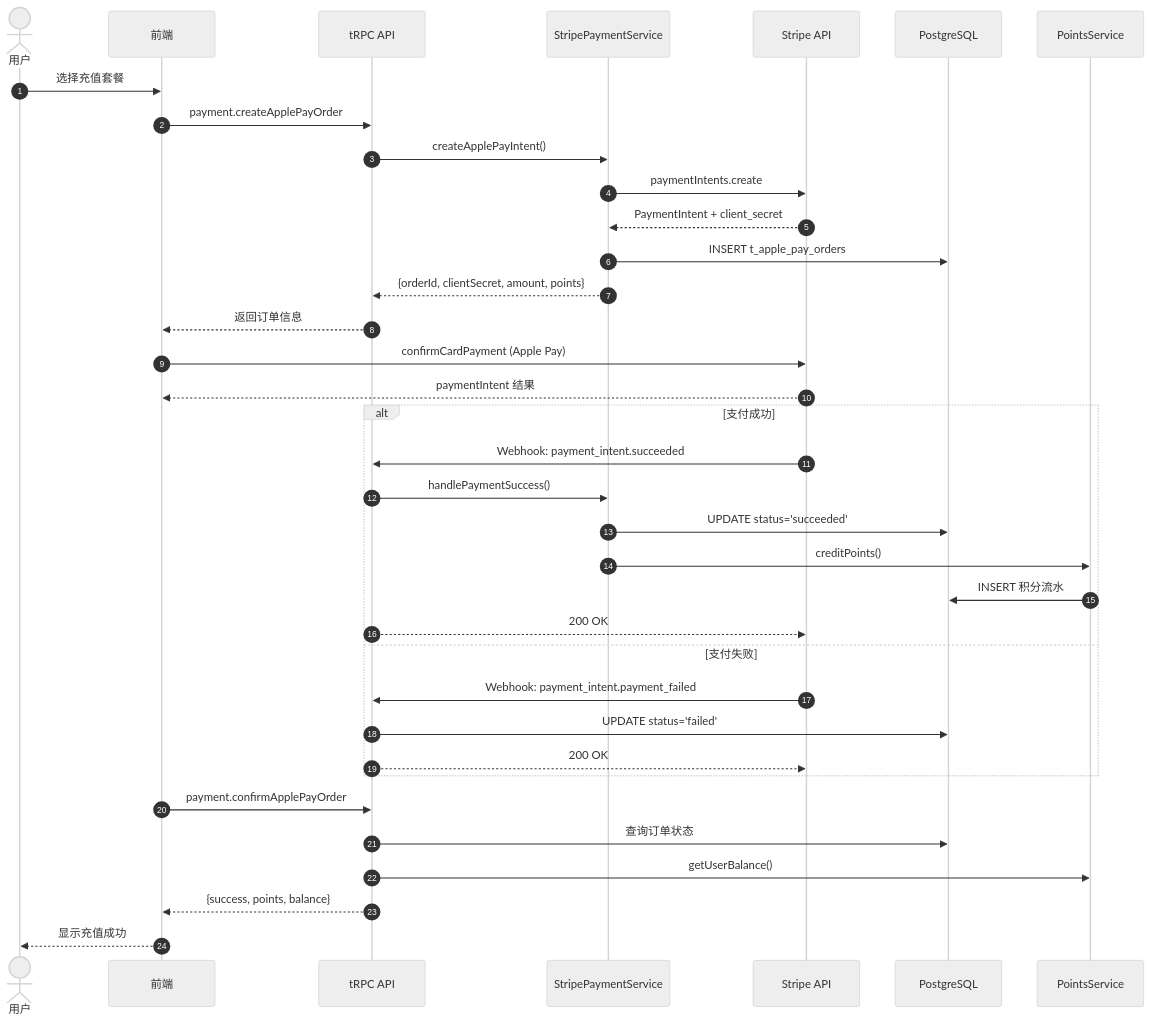
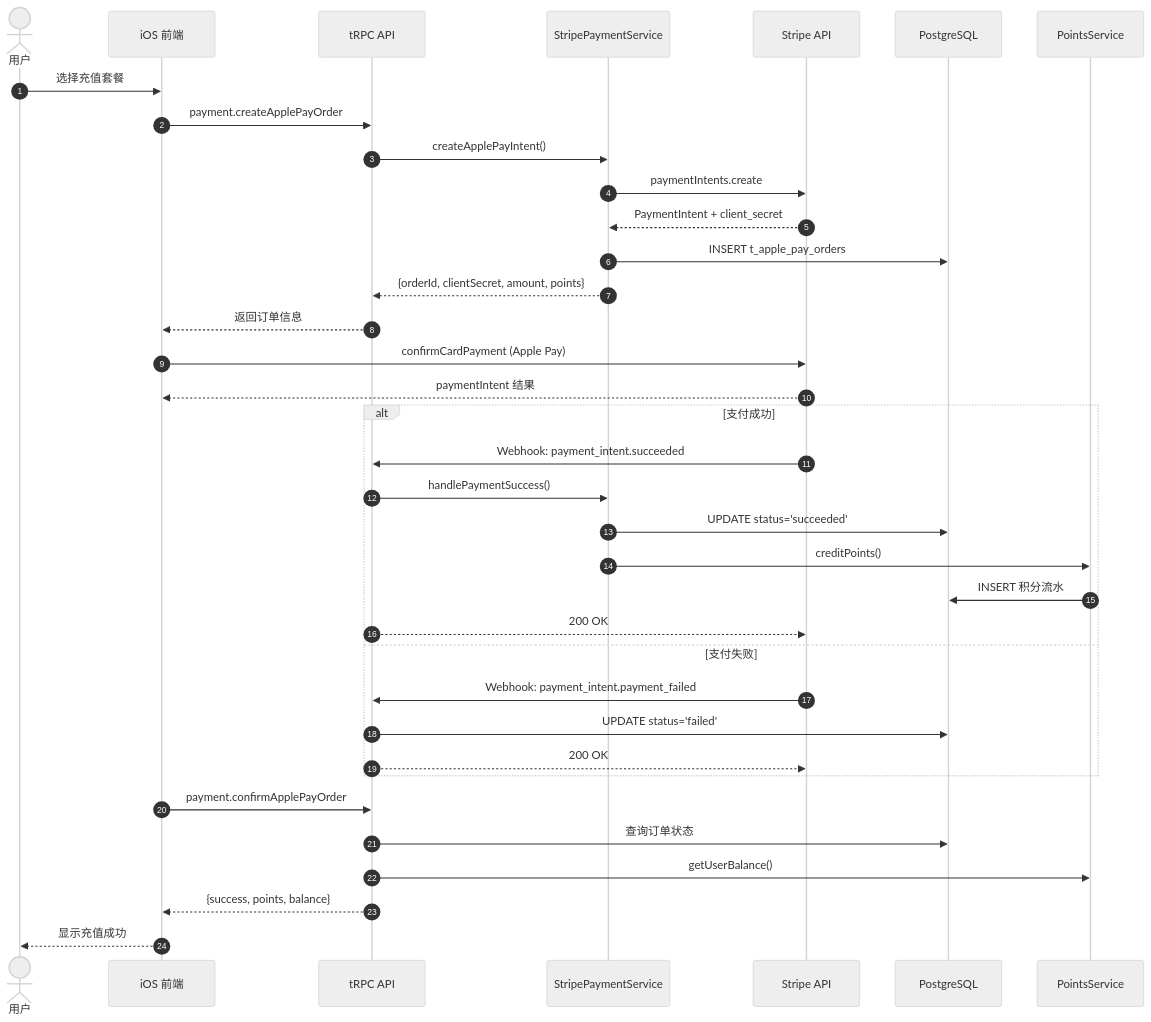
One commit to RudolphHuang/openclaw_doc changed the third of 5 diagrams in api/payment/apple-pay-technical-plan.md. Above: the diagram before and after it, drawn with Mermaid (neutral theme). The commit also changed other lines of this file, not shown here.

````diff
--- a/api/payment/apple-pay-technical-plan.md
+++ b/api/payment/apple-pay-technical-plan.md
@@ -321,42 +298,42 @@
 ```mermaid
 sequenceDiagram
     autonumber
     actor User as 用户
-    participant Frontend as 前端
+    participant Frontend as iOS 前端
     participant TRPC as tRPC API
     participant StripeSvc as StripePaymentService
     participant StripeAPI as Stripe API
     participant DB as PostgreSQL
     participant PointsSvc as PointsService
 
     User->>Frontend: 选择充值套餐
     Frontend->>TRPC: payment.createApplePayOrder
     TRPC->>StripeSvc: createApplePayIntent()
     StripeSvc->>StripeAPI: paymentIntents.create
     StripeAPI-->>StripeSvc: PaymentIntent + client_secret
     StripeSvc->>DB: INSERT t_apple_pay_orders
     StripeSvc-->>TRPC: {orderId, clientSecret, amount, points}
     TRPC-->>Frontend: 返回订单信息
 
     Frontend->>StripeAPI: confirmCardPayment (Apple Pay)
     StripeAPI-->>Frontend: paymentIntent 结果
 
     alt 支付成功
         StripeAPI->>TRPC: Webhook: payment_intent.succeeded
         TRPC->>StripeSvc: handlePaymentSuccess()
         StripeSvc->>DB: UPDATE status='succeeded'
         StripeSvc->>PointsSvc: creditPoints()
         PointsSvc->>DB: INSERT 积分流水
         TRPC-->>StripeAPI: 200 OK
     else 支付失败
         StripeAPI->>TRPC: Webhook: payment_intent.payment_failed
         TRPC->>DB: UPDATE status='failed'
         TRPC-->>StripeAPI: 200 OK
     end
 
     Frontend->>TRPC: payment.confirmApplePayOrder
     TRPC->>DB: 查询订单状态
     TRPC->>PointsSvc: getUserBalance()
     TRPC-->>Frontend: {success, points, balance}
     Frontend-->>User: 显示充值成功
 ```
````
